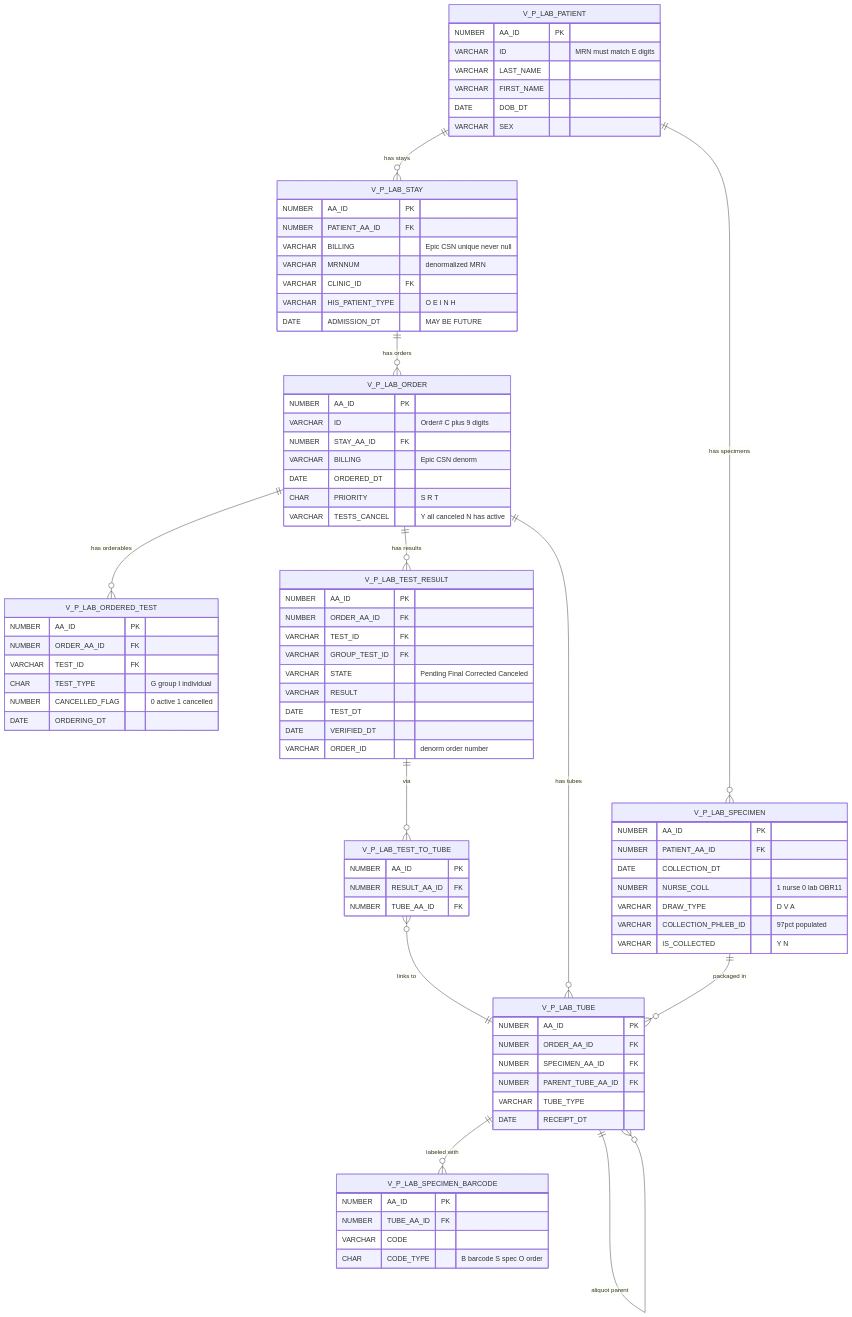
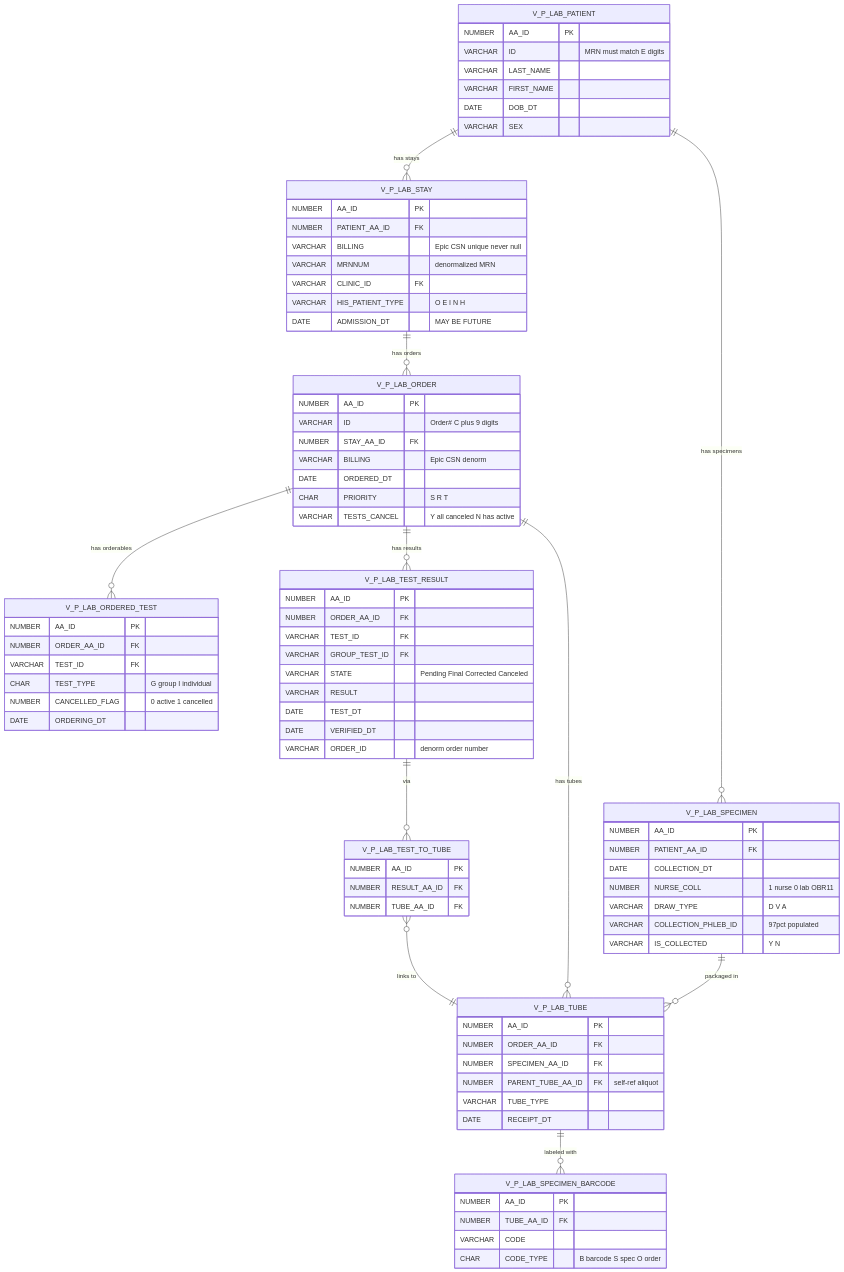
One commit to rfedeli/sql_queries changed the first of 5 diagrams in schema_diagrams.md. Above: the diagram before and after it, drawn with Mermaid. The commit also changed other lines of this file, not shown here.

First line of the commit message:
Fix Mermaid syntax for older renderer compatibility

```diff
--- a/schema_diagrams.md
+++ b/schema_diagrams.md
@@ -29,7 +29,6 @@
     V_P_LAB_TUBE ||--o{ V_P_LAB_SPECIMEN_BARCODE : "labeled with"
     V_P_LAB_TEST_RESULT ||--o{ V_P_LAB_TEST_TO_TUBE : "via"
     V_P_LAB_TEST_TO_TUBE }o--|| V_P_LAB_TUBE : "links to"
-    V_P_LAB_TUBE ||--o{ V_P_LAB_TUBE : "aliquot parent"
 
     V_P_LAB_PATIENT {
         NUMBER AA_ID PK
@@ -89,7 +88,7 @@
         NUMBER AA_ID PK
         NUMBER ORDER_AA_ID FK
         NUMBER SPECIMEN_AA_ID FK
-        NUMBER PARENT_TUBE_AA_ID FK
+        NUMBER PARENT_TUBE_AA_ID FK "self-ref aliquot"
         VARCHAR TUBE_TYPE
         DATE RECEIPT_DT
     }
```
